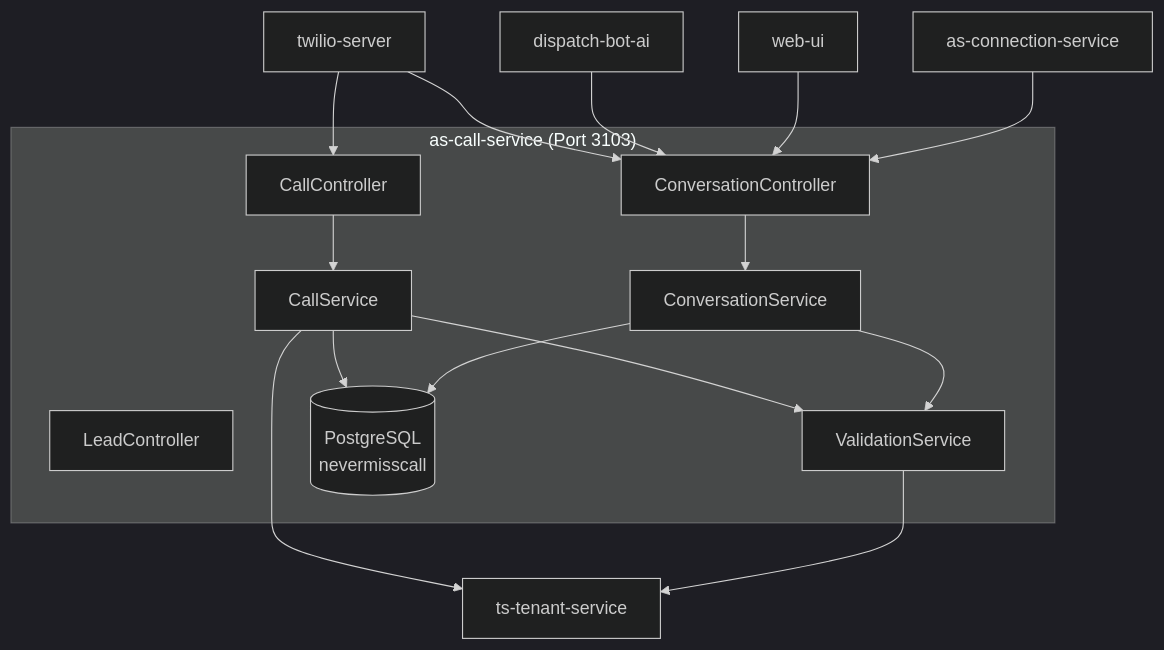
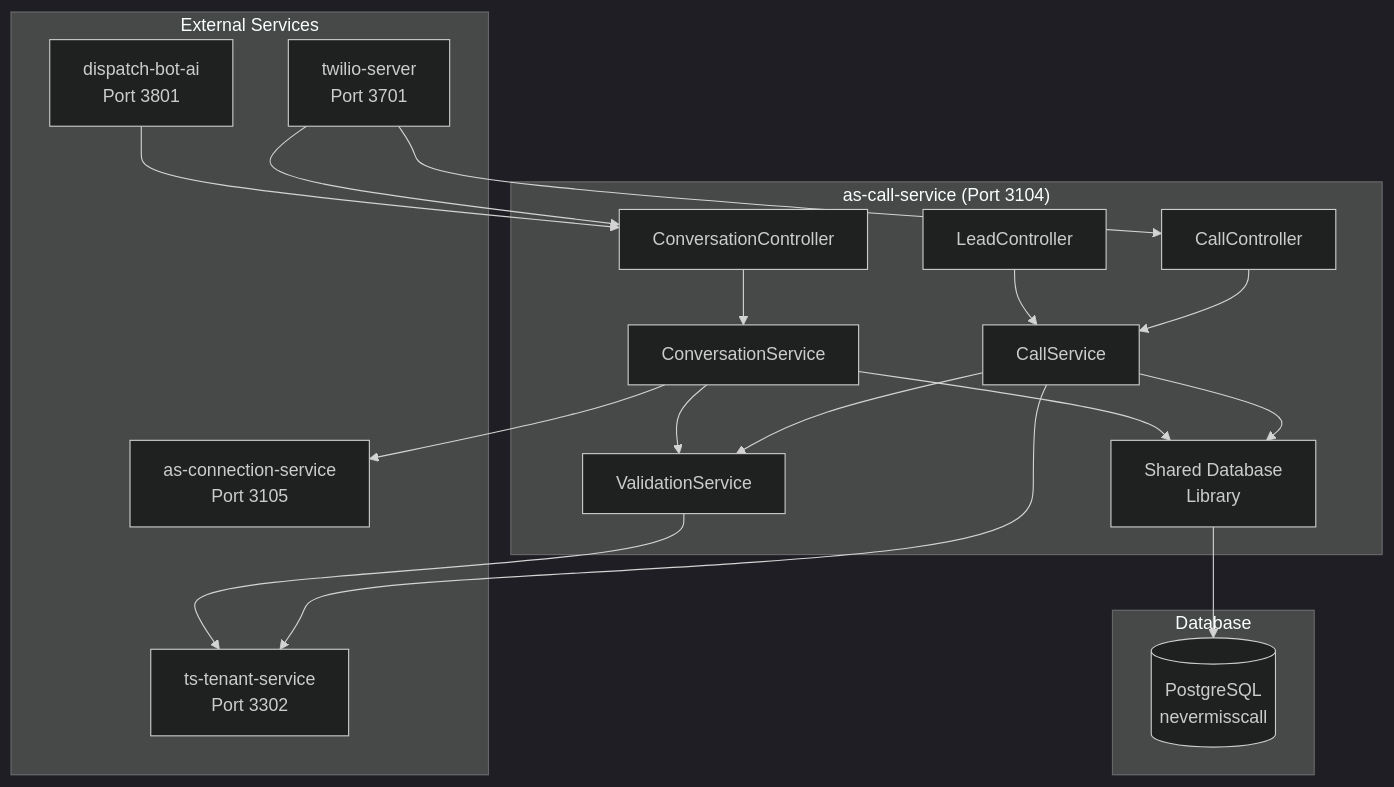
One commit to kyoungd/nevermisscall changed the diagram in docs/services/phase-1/as-call-service.md. Above: the diagram before and after it, drawn with Mermaid (dark theme). The commit also changed other lines of this file and 60 other files, not shown here.

Commit message:
added as-alerts-service and as-call-service

````diff
--- a/docs/services/phase-1/as-call-service.md
+++ b/docs/services/phase-1/as-call-service.md
@@ -39,29 +47,42 @@
 ```mermaid
 graph TB
-    subgraph "as-call-service (Port 3103)"
+    subgraph "as-call-service (Port 3104)"
         CallController[CallController]
         ConversationController[ConversationController]
         LeadController[LeadController]
         CallService[CallService]
         ConversationService[ConversationService]
         ValidationService[ValidationService]
-        Database[(PostgreSQL<br/>nevermisscall)]
+        SharedDB[Shared Database<br/>Library]
     end
     
-    TwilioServer[twilio-server] --> CallController
+    subgraph "External Services"
+        TwilioServer[twilio-server<br/>Port 3701]
+        DispatchAI[dispatch-bot-ai<br/>Port 3801]
+        TSTenant[ts-tenant-service<br/>Port 3302]
+        ASConnection[as-connection-service<br/>Port 3105]
+    end
+    
+    subgraph "Database"
+        PostgreSQL[(PostgreSQL<br/>nevermisscall)]
+    end
+    
+    TwilioServer --> CallController
     TwilioServer --> ConversationController
-    DispatchAI[dispatch-bot-ai] --> ConversationController
-    WebUI[web-ui] --> ConversationController
-    ASConnection[as-connection-service] --> ConversationController
+    DispatchAI --> ConversationController
     
     CallController --> CallService
     ConversationController --> ConversationService
+    LeadController --> CallService
+    
     CallService --> ValidationService
     ConversationService --> ValidationService
     
-    CallService --> Database
-    ConversationService --> Database
+    CallService --> SharedDB
+    ConversationService --> SharedDB
+    SharedDB --> PostgreSQL
     
-    CallService --> TSTenant[ts-tenant-service]
+    CallService --> TSTenant
     ValidationService --> TSTenant
+    ConversationService --> ASConnection
 ```
````
